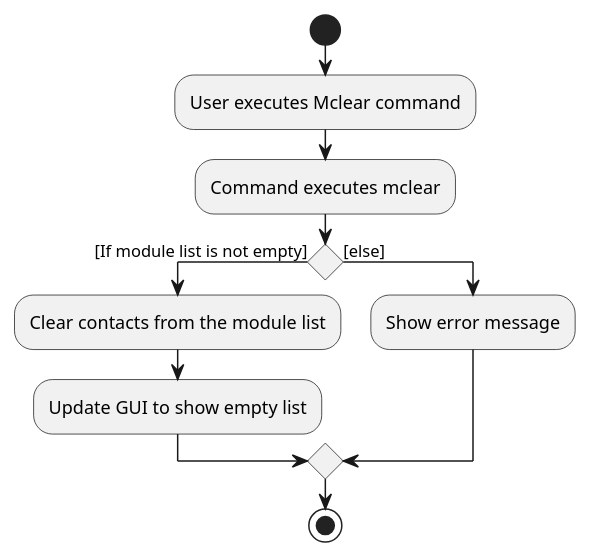
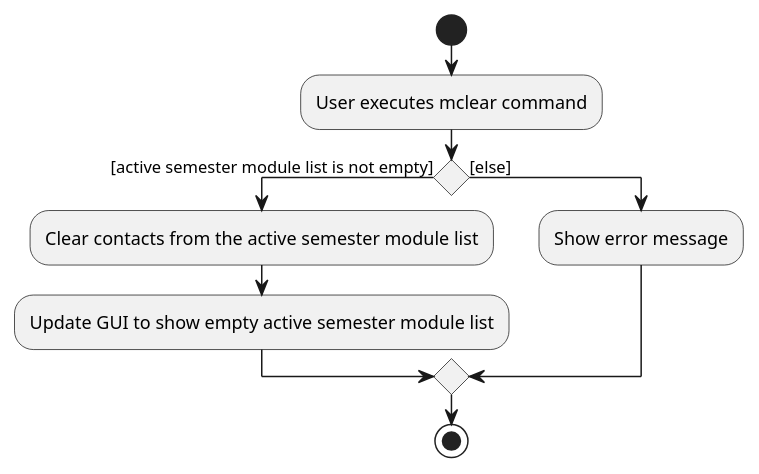
The diagram in docs/diagrams/MclearActivityDiagram.puml (nus-cs2103-AY2021S1/tp), drawn with PlantUML before and after one commit. The commit also changed 9 other files, not shown here.

Commit message:
Update DG and diagrams

```diff
--- a/docs/diagrams/MclearActivityDiagram.puml
+++ b/docs/diagrams/MclearActivityDiagram.puml
@@ -1,16 +1,15 @@
 @startuml
 start
-:User executes Mclear command;
+:User executes mclear command;
 
 'Since the beta syntax does not support placing the condition outside the
 'diamond we place it as the true branch instead.
-:Command executes mclear;
 
-if () then ([If module list is not empty])
-    :Clear contacts from the module list;
-    :Update GUI to show empty list;
+if () then ([active semester module list is not empty])
+    :Clear contacts from the active semester module list;
+    :Update GUI to show empty active semester module list;
 else ([else])
     :Show error message;
 endif
 stop
 @enduml
```
